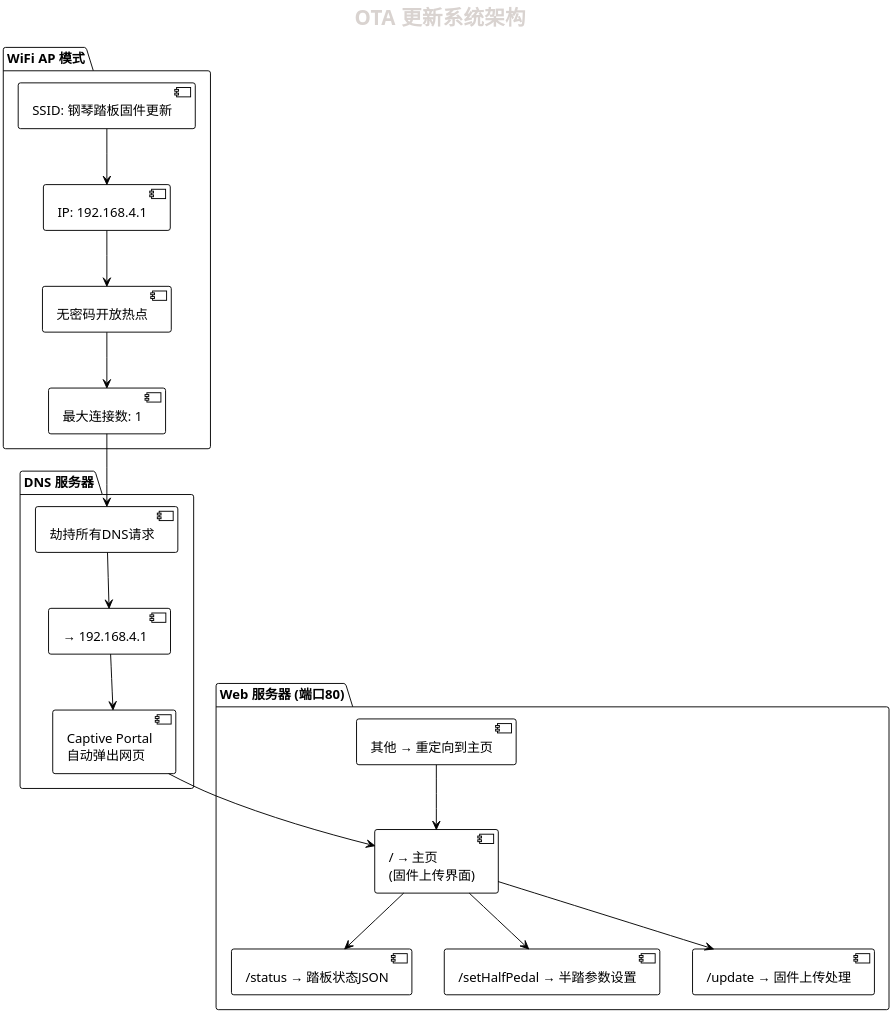
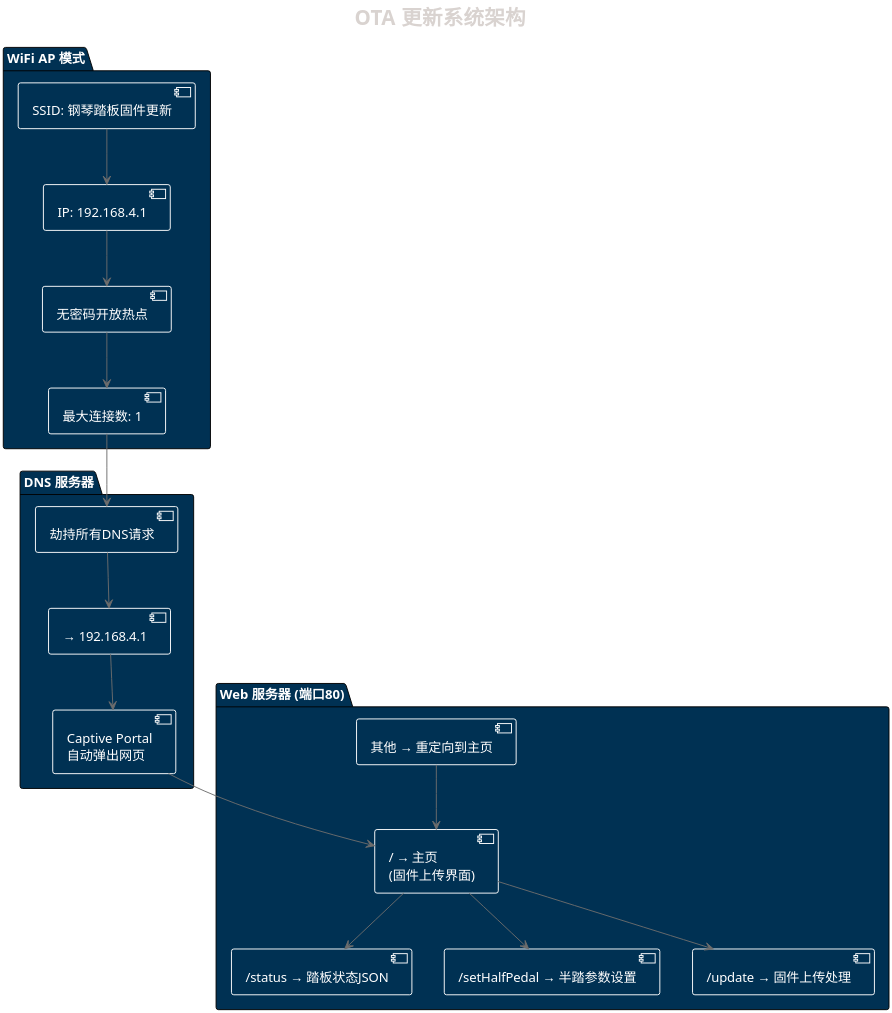
The diagram in Documents/puml/ota_architecture.puml (ningjx/ESP32_Piano_Pedal), drawn with PlantUML before and after one commit. The commit also changed 1 other file, not shown here.

```diff
--- a/Documents/puml/ota_architecture.puml
+++ b/Documents/puml/ota_architecture.puml
@@ -1,54 +1,52 @@
 @startuml
 !theme blueprint
 skinparam dpi 280
 skinparam backgroundColor transparent
 skinparam defaultFontName Microsoft YaHei UI
-skinparam componentBorderColor black
-skinparam componentBackgroundColor white
+skinparam componentBorderColor white
 skinparam arrowColor black
-skinparam arrowFontColor black
+skinparam arrowFontColor white
 skinparam packageBorderColor black
-skinparam packageBackgroundColor white
-skinparam packageFontColor black
-skinparam componentFontColor black
-skinparam componentArrowColor black
+skinparam packageFontColor white
+skinparam componentFontColor white
+skinparam componentArrowColor #6d6d6d
 skinparam componentStyle uml2
 
 title OTA 更新系统架构
 
 package "WiFi AP 模式" {
     component "SSID: 钢琴踏板固件更新" as ssid
     component "IP: 192.168.4.1" as ip
     component "无密码开放热点" as open_ap
     component "最大连接数: 1" as max_conn
 }
 
 package "DNS 服务器" {
     component "劫持所有DNS请求" as dns_hijack
     component "→ 192.168.4.1" as dns_redirect
     component "Captive Portal\n自动弹出网页" as captive
 }
 
 package "Web 服务器 (端口80)" {
     component "/ → 主页\n(固件上传界面)" as route_root
     component "/status → 踏板状态JSON" as route_status
     component "/setHalfPedal → 半踏参数设置" as route_half
     component "/update → 固件上传处理" as route_update
     component "其他 → 重定向到主页" as route_other
 }
 
 ssid --> ip
 ip --> open_ap
 open_ap --> max_conn
 
 max_conn --> dns_hijack
 dns_hijack --> dns_redirect
 dns_redirect --> captive
 
 captive --> route_root
 route_root --> route_status
 route_root --> route_half
 route_root --> route_update
 route_other --> route_root
 
 @enduml
```
